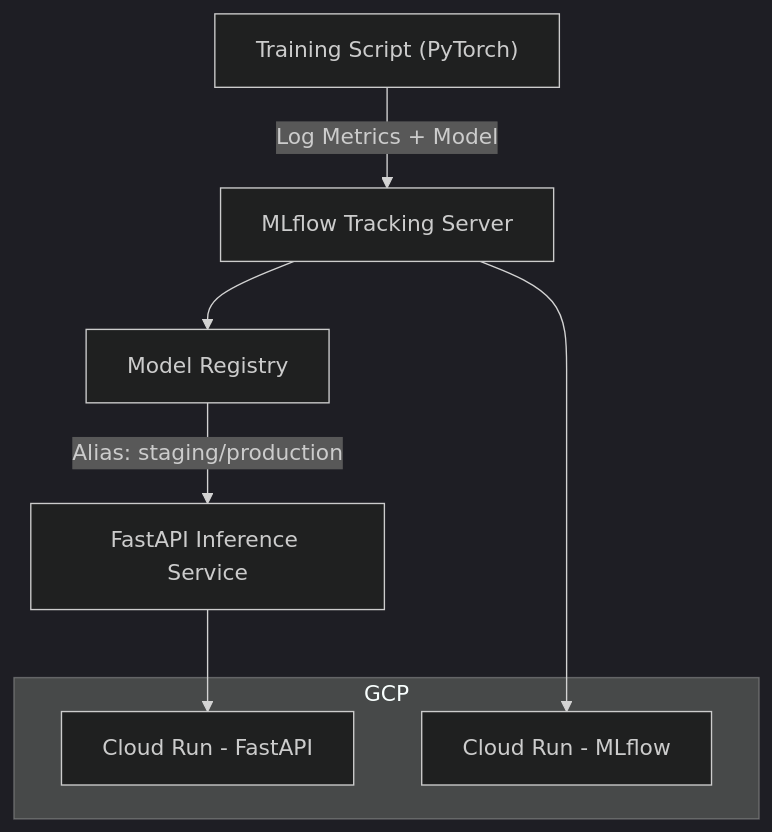
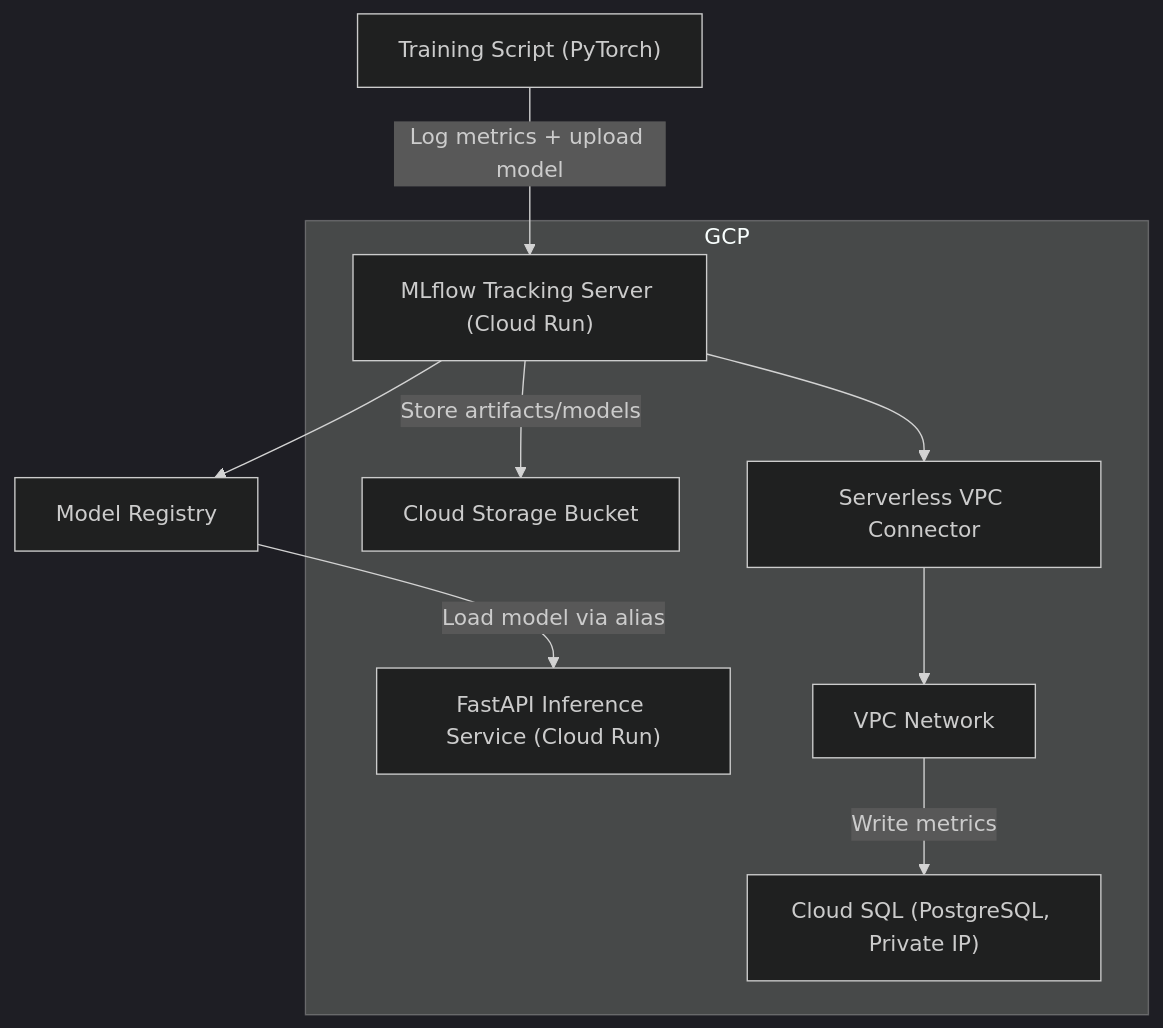
One commit to NguyenDung0210/MLOps_IQA changed the diagram in README.md. Above: the diagram before and after it, drawn with Mermaid (dark theme).

Commit message:
docs: update architecture in readme

````diff
--- a/README.md
+++ b/README.md
@@ -30,13 +30,31 @@
 ```mermaid
 graph TD;
-    A["Training Script (PyTorch)"] -->|Log Metrics + Model| B["MLflow Tracking Server"];
+
+    %% Training process
+    A["Training Script (PyTorch)"]
+        -->|Log metrics + upload model| B["MLflow Tracking Server (Cloud Run)"];
+
+    %% Model Registry
     B --> C["Model Registry"];
-    C -->|Alias: staging/production| D["FastAPI Inference Service"];
-    D --> E["Cloud Run - FastAPI"];
-    B --> F["Cloud Run - MLflow"];
-    
+
+    %% FastAPI loads model from registry
+    C -->|Load model via alias| D["FastAPI Inference Service (Cloud Run)"];
+
+    %% MLflow artifact storage
+    B -->|Store artifacts/models| F["Cloud Storage Bucket"];
+
+    %% Networking path to Cloud SQL
+    B --> H["Serverless VPC Connector"];
+    H --> G["VPC Network"];
+    G -->|Write metrics| E["Cloud SQL (PostgreSQL, Private IP)"];
+
+    %% Grouping inside GCP
     subgraph GCP
+        B
+        D
         E
         F
+        G
+        H
     end
 ```
````
